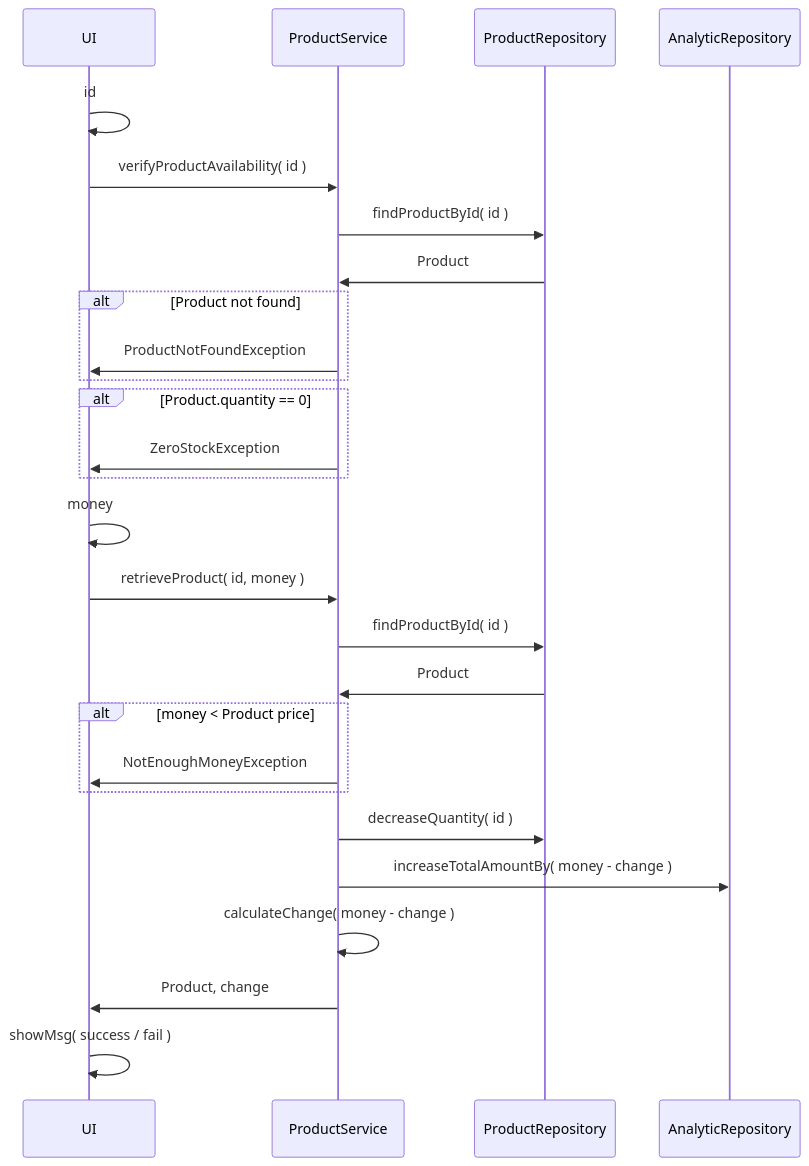
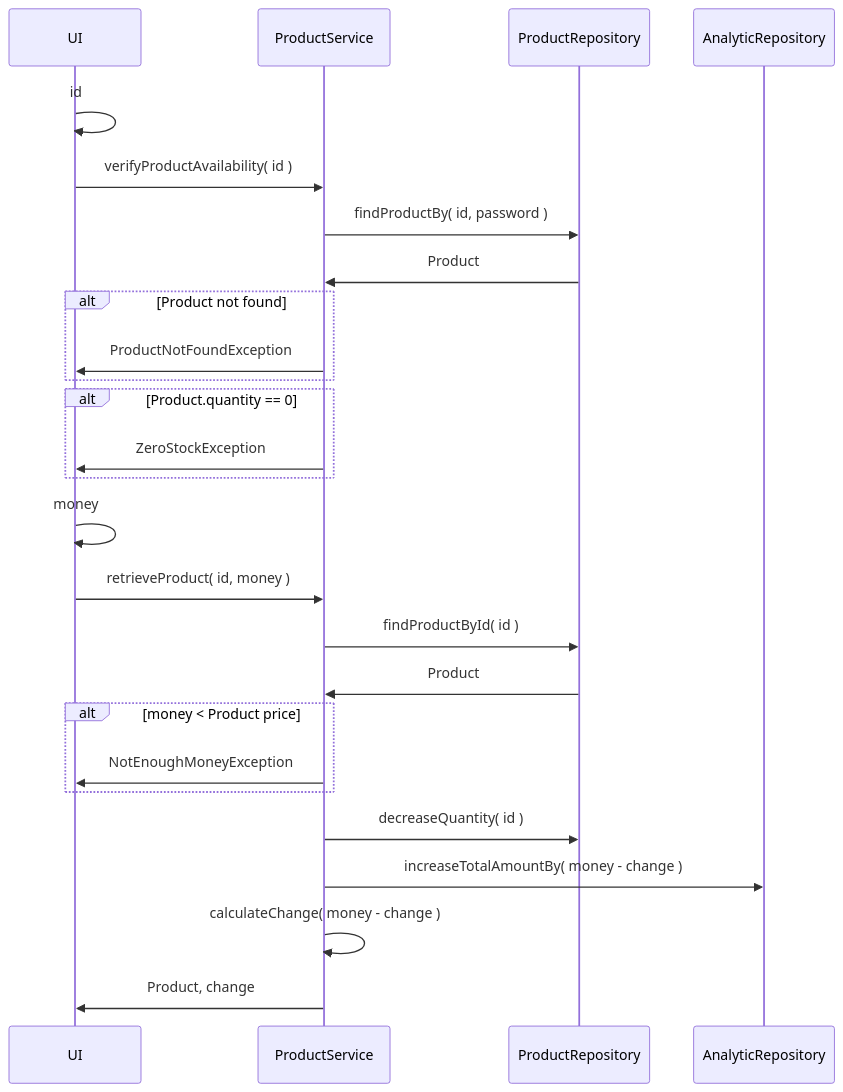
One commit to Apameus/Vending_Machine changed the third of 13 diagrams in README.md. Above: the diagram before and after it, drawn with Mermaid. The commit also changed other lines of this file, not shown here.

Commit message:
Retrieve Product refactored

````diff
--- a/README.md
+++ b/README.md
@@ -63,34 +63,33 @@
 ```mermaid
 sequenceDiagram
 participant UI
 participant PS as ProductService
 participant PR as ProductRepository
 participant AR as AnalyticRepository
 
 UI ->> UI: id
 UI ->> PS: verifyProductAvailability( id )
-PS ->> PR: findProductById( id )
+PS ->> PR: findProductBy( id, password )
 PR ->> PS: Product
         
 alt Product not found
     PS ->> UI: ProductNotFoundException
 end
 alt Product.quantity == 0
     PS ->> UI: ZeroStockException
 end
 UI ->> UI: money
 
 
 UI ->> PS: retrieveProduct( id, money )
 PS ->> PR: findProductById( id )
 PR ->> PS: Product
 alt money < Product price
     PS ->> UI: NotEnoughMoneyException
 end
 
 PS ->> PR: decreaseQuantity( id )
 PS ->> AR: increaseTotalAmountBy( money - change )
 PS ->> PS: calculateChange( money - change )
 PS ->> UI: Product, change
-UI ->> UI: showMsg( success / fail )   
 ```
````
